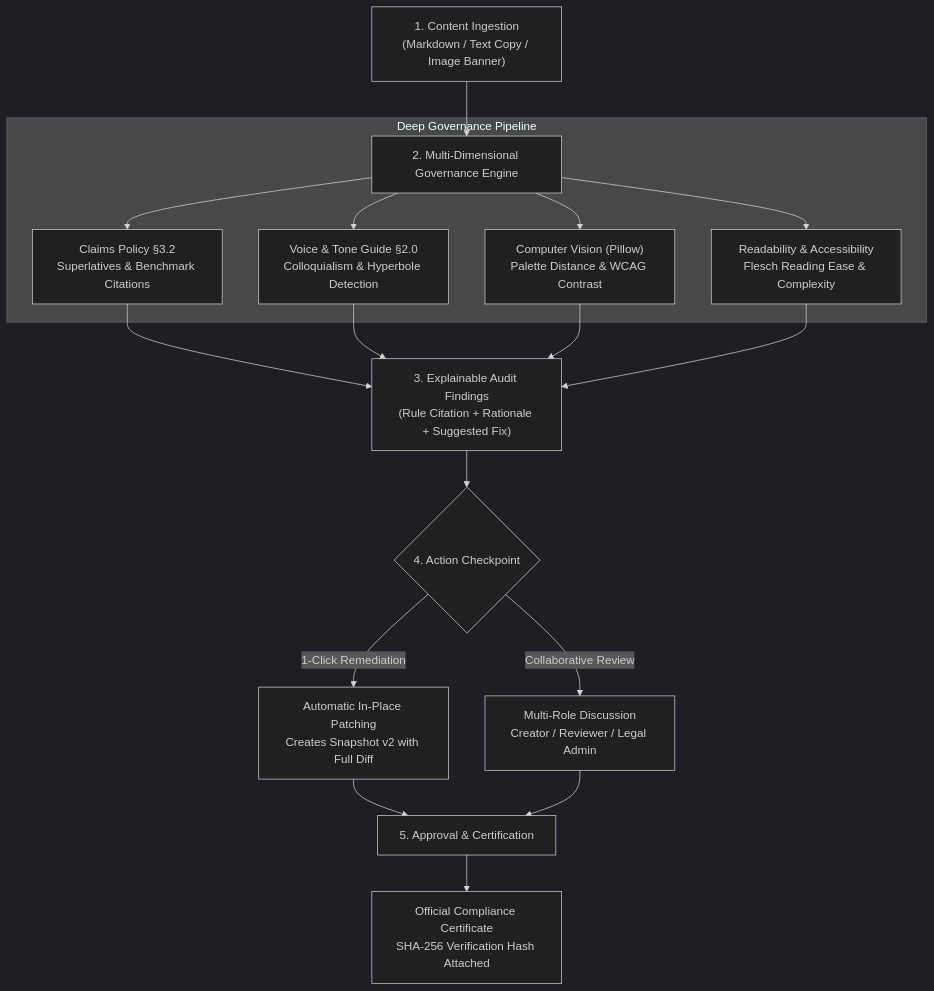
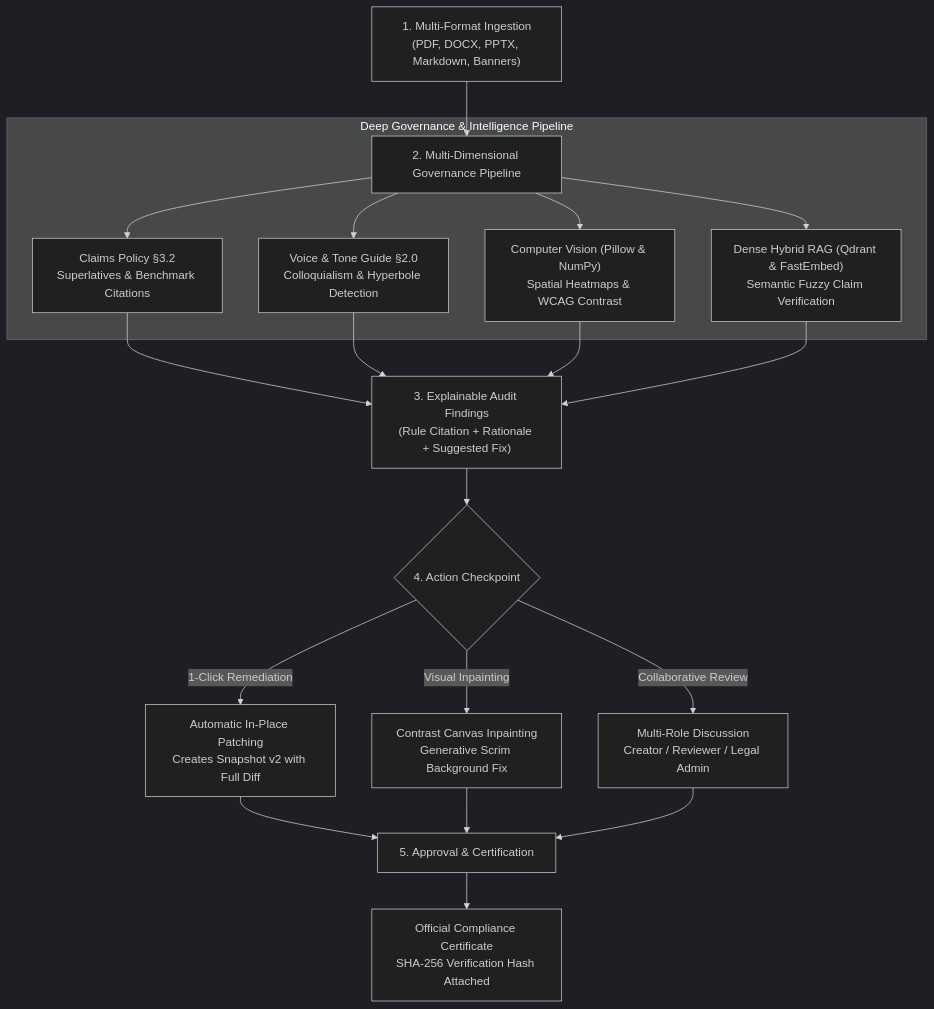
The diagram in README.md (Cipher-Shadow-IR/brandsphere-AI), drawn with Mermaid (dark theme) before and after one commit. The commit also changed other lines of this file and 1 other file, not shown here.

Commit message:
docs(readme): polish README with enterprise architecture, badges, full 34-test catalog and strict CI/CD gate

````diff
--- a/README.md
+++ b/README.md
@@ -274,20 +364,21 @@
 ```mermaid
 flowchart TD
-    A["1. Content Ingestion<br/>(Markdown / Text Copy / Image Banner)"] --> B["2. Multi-Dimensional Governance Engine"]
+    A["1. Multi-Format Ingestion<br/>(PDF, DOCX, PPTX, Markdown, Banners)"] --> B["2. Multi-Dimensional Governance Pipeline"]
   
-    subgraph Engine ["Deep Governance Pipeline"]
+    subgraph Engine ["Deep Governance & Intelligence Pipeline"]
         B --> C["Claims Policy §3.2<br/>Superlatives & Benchmark Citations"]
         B --> D["Voice & Tone Guide §2.0<br/>Colloquialism & Hyperbole Detection"]
-        B --> E["Computer Vision (Pillow)<br/>Palette Distance & WCAG Contrast"]
-        B --> F["Readability & Accessibility<br/>Flesch Reading Ease & Complexity"]
+        B --> E["Computer Vision (Pillow & NumPy)<br/>Spatial Heatmaps & WCAG Contrast"]
+        B --> F["Dense Hybrid RAG (Qdrant & FastEmbed)<br/>Semantic Fuzzy Claim Verification"]
     end
   
     C & D & E & F --> G["3. Explainable Audit Findings<br/>(Rule Citation + Rationale + Suggested Fix)"]
     G --> H{"4. Action Checkpoint"}
   
     H -- 1-Click Remediation --> I["Automatic In-Place Patching<br/>Creates Snapshot v2 with Full Diff"]
+    H -- Visual Inpainting --> M["Contrast Canvas Inpainting<br/>Generative Scrim Background Fix"]
     H -- Collaborative Review --> J["Multi-Role Discussion<br/>Creator / Reviewer / Legal Admin"]
   
-    I & J --> K["5. Approval & Certification"]
+    I & M & J --> K["5. Approval & Certification"]
     K --> L["Official Compliance Certificate<br/>SHA-256 Verification Hash Attached"]
 ```
````
